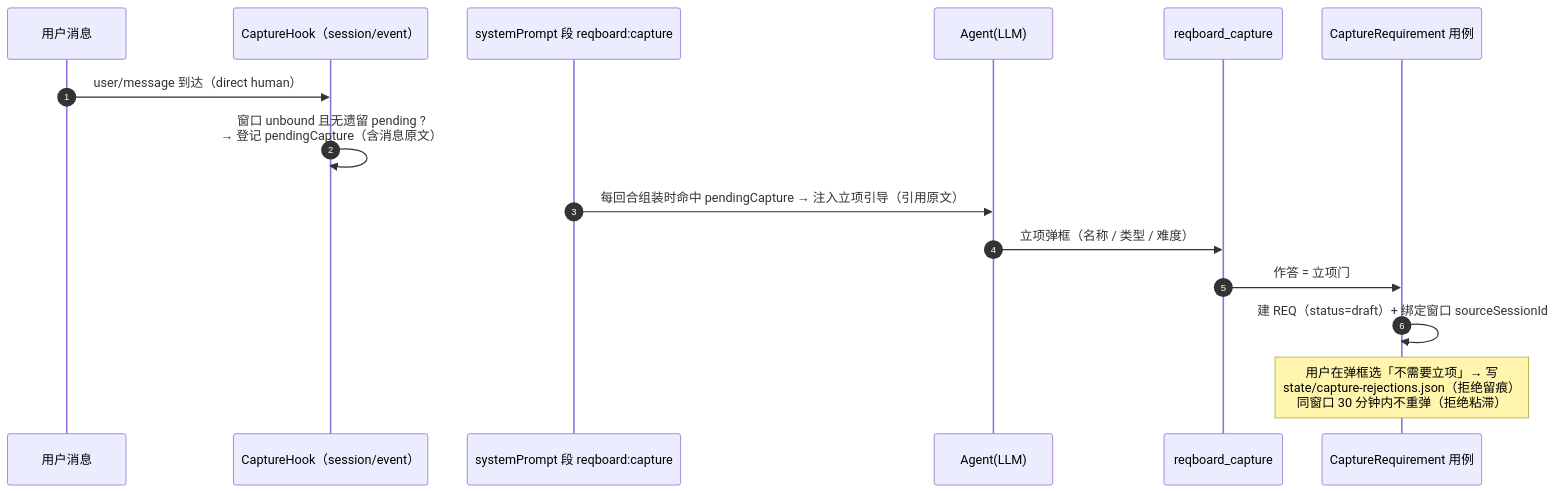
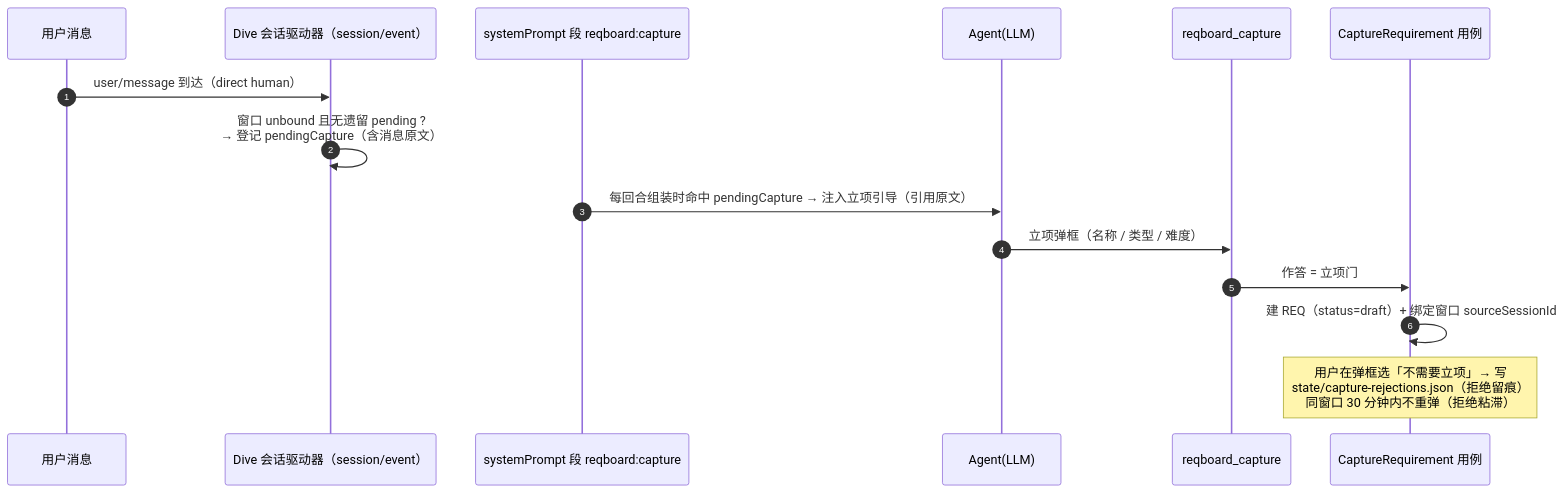
Before and after one commit to kakaCat/pi-investment: the ninth of 10 diagrams in agent-dh/docs/architecture/pmboard-code-flow.md, drawn with Mermaid. The commit also changed other lines of this file and 311 other files, not shown here.

````diff
--- a/agent-dh/docs/architecture/pmboard-code-flow.md
+++ b/agent-dh/docs/architecture/pmboard-code-flow.md
@@ -329,18 +329,18 @@
 ```mermaid
 sequenceDiagram
   autonumber
   participant U as 用户消息
-  participant HK as CaptureHook（session/event）
+  participant HK as Dive 会话驱动器（session/event）
   participant SEC as systemPrompt 段 reqboard:capture
   participant LLM as Agent(LLM)
   participant CAP as reqboard_capture
   participant UC as CaptureRequirement 用例
 
   U->>HK: user/message 到达（direct human）
   HK->>HK: 窗口 unbound 且无遗留 pending ?<br/>→ 登记 pendingCapture（含消息原文）
   SEC->>LLM: 每回合组装时命中 pendingCapture → 注入立项引导（引用原文）
   LLM->>CAP: 立项弹框（名称 / 类型 / 难度）
   CAP->>UC: 作答 = 立项门
   UC->>UC: 建 REQ（status=draft）+ 绑定窗口 sourceSessionId
   Note over UC: 用户在弹框选「不需要立项」→ 写<br/>state/capture-rejections.json（拒绝留痕）<br/>同窗口 30 分钟内不重弹（拒绝粘滞）
 ```
````
